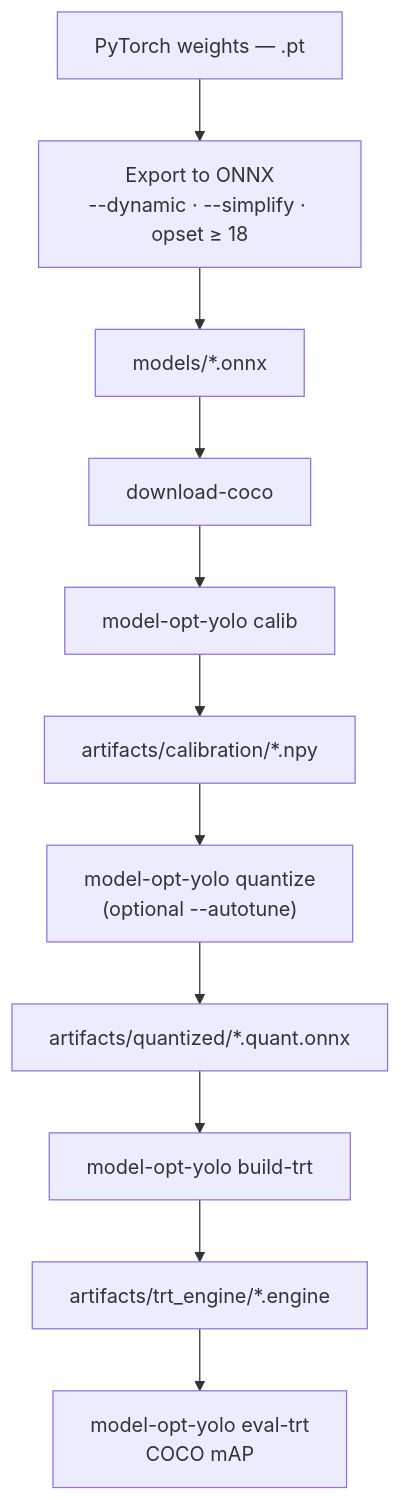
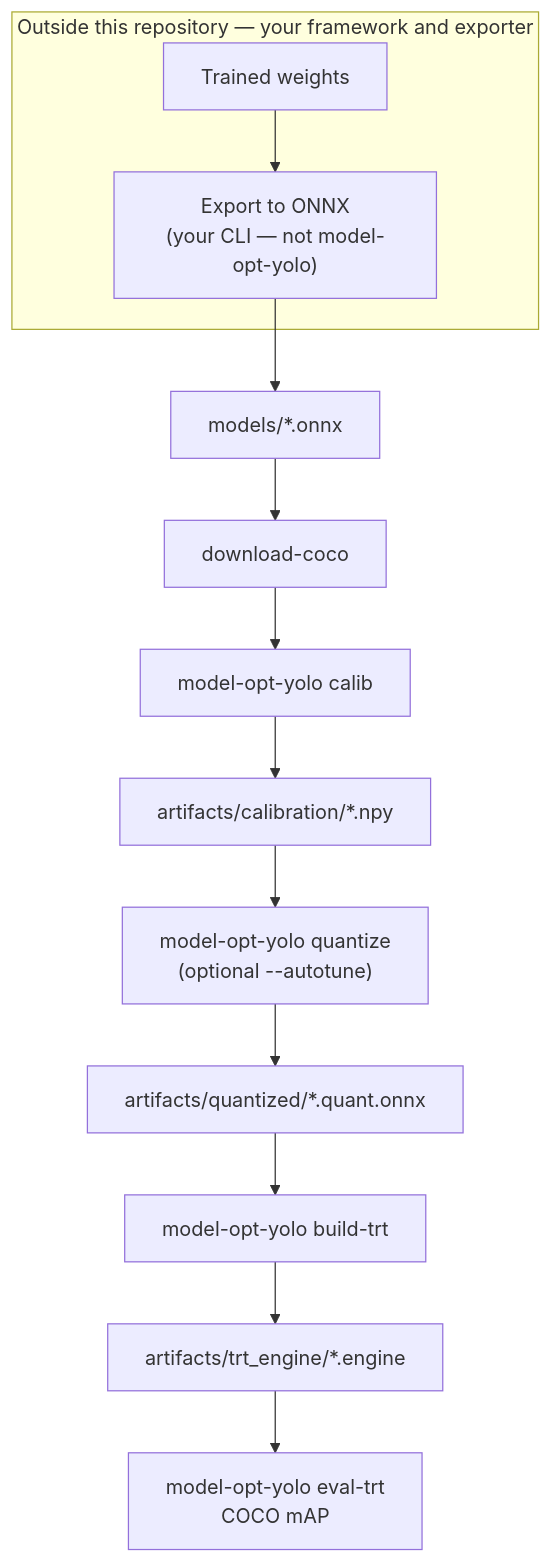
Before and after one commit to levipereira/Model-Optimizer-ONNX: the fourth of 4 diagrams in docs/workflow.md, drawn with Mermaid. The commit also changed other lines of this file and 22 other files, not shown here.

````diff
--- a/docs/workflow.md
+++ b/docs/workflow.md
@@ -13,13 +86,15 @@
 ```mermaid
 flowchart TD
-  A[PyTorch weights — .pt] --> B[Export to ONNX<br/>--dynamic · --simplify · opset ≥ 18]
+  subgraph EXT["Outside this repository — your framework and exporter"]
+    A[Trained weights] --> B["Export to ONNX<br/>(your CLI — not model-opt-yolo)"]
+  end
   B --> C[models/*.onnx]
   C --> H[download-coco]
   H --> I[model-opt-yolo calib]
   I --> J[artifacts/calibration/*.npy]
   J --> Q["model-opt-yolo quantize<br/>(optional --autotune)"]
   Q --> L[artifacts/quantized/*.quant.onnx]
   L --> M[model-opt-yolo build-trt]
   M --> N[artifacts/trt_engine/*.engine]
   N --> O[model-opt-yolo eval-trt<br/>COCO mAP]
 ```
````
